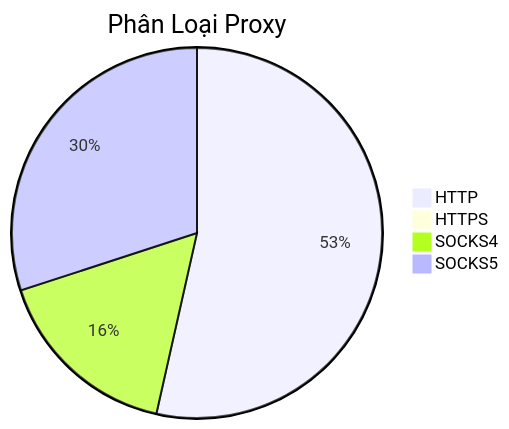
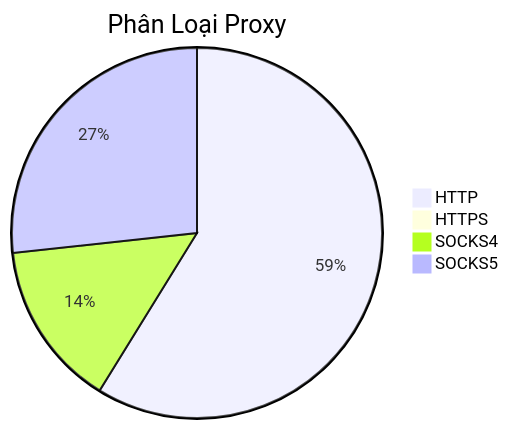
The diagram in README.md (Ciara-Aa/PROXY-free), drawn with Mermaid before and after one commit. The commit also changed other lines of this file and 4 other files, not shown here.

````diff
--- a/README.md
+++ b/README.md
@@ -26,7 +26,7 @@
 ```mermaid
 pie title Phân Loại Proxy
-    "HTTP" : 403
-    "HTTPS" : 4
+    "HTTP" : 504
+    "HTTPS" : 2
     "SOCKS4" : 124
-    "SOCKS5" : 226
+    "SOCKS5" : 229
 ```
````
